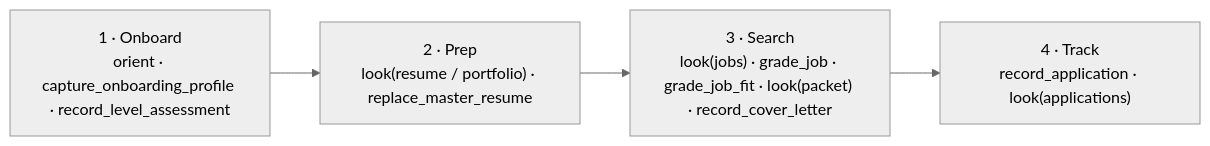
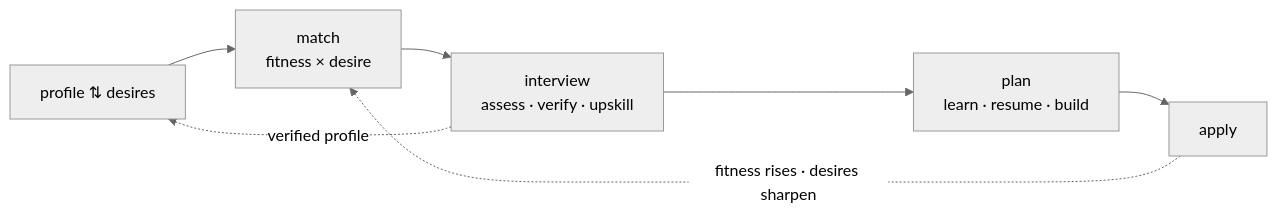
One commit to algorhythmic/jobbot9000 changed the second of 2 diagrams in README.md. Above: the diagram before and after it, drawn with Mermaid (neutral theme). The commit also changed other lines of this file and 19 other files, not shown here.

````diff
--- a/README.md
+++ b/README.md
@@ -82,8 +20,9 @@
 ```mermaid
 flowchart LR
-  S1["1 · Onboard<br/>orient · capture_onboarding_profile · record_level_assessment"]
-  S2["2 · Prep<br/>look(resume / portfolio) · replace_master_resume"]
-  S3["3 · Search<br/>look(jobs) · grade_job · grade_job_fit · look(packet) · record_cover_letter"]
-  S4["4 · Track<br/>record_application · look(applications)"]
-  S1 --> S2 --> S3 --> S4
+  PD["profile ⇅ desires"] --> M["match<br/>fitness × desire"]
+  M --> I["interview<br/>assess · verify · upskill"]
+  I --> UP["plan<br/>learn · resume · build"]
+  UP --> A["apply"]
+  A -. "fitness rises · desires sharpen" .-> M
+  I -. "verified profile" .-> PD
 ```
````
